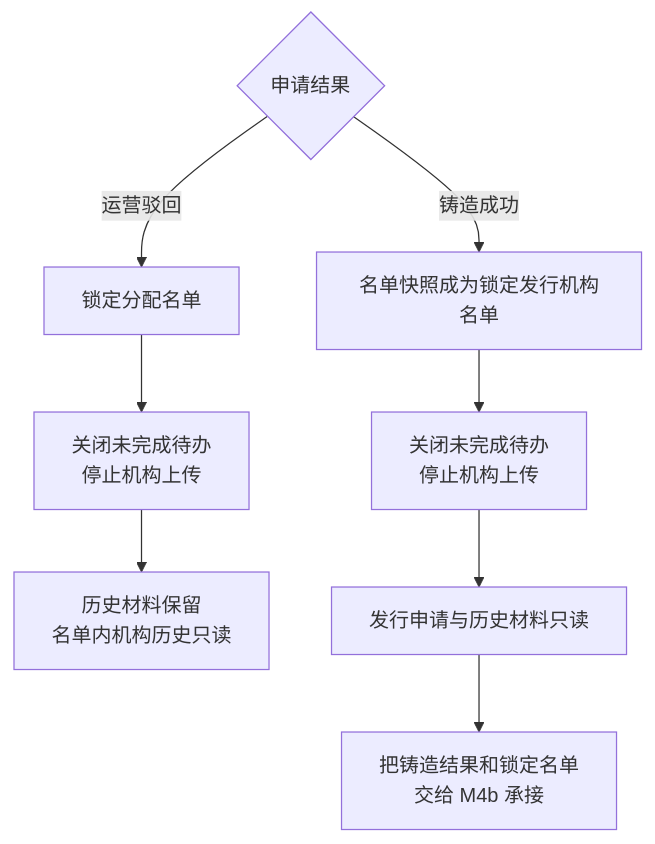
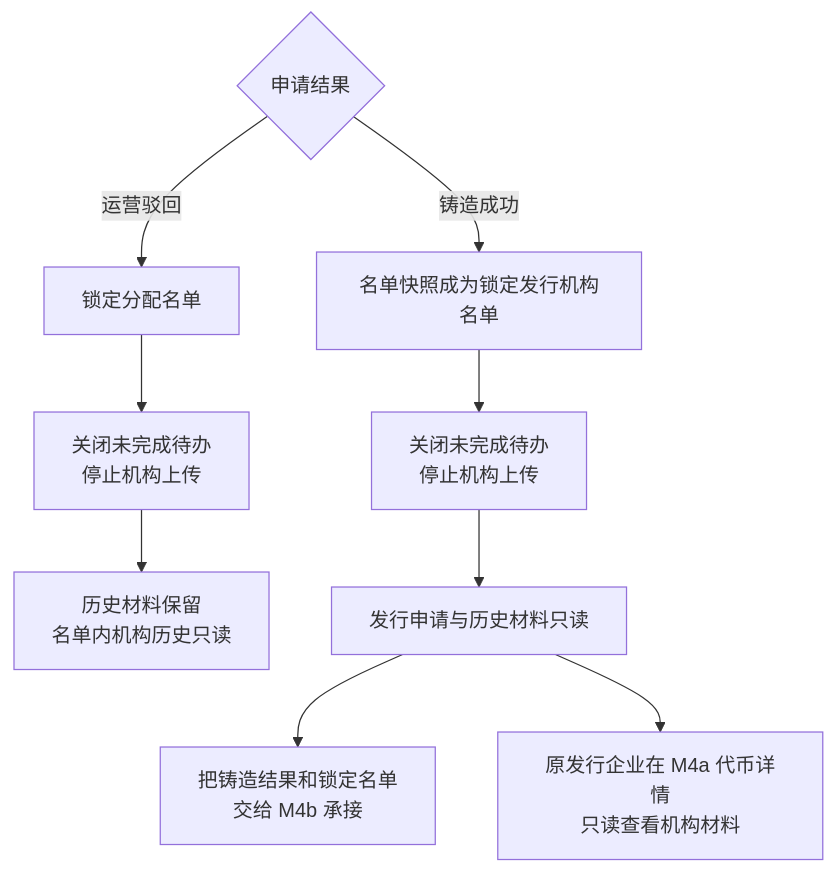
Before and after one commit to wxblockchain/Chain-Financing: the third of 5 diagrams in token-issuance-platform/PRD/管理端/M3b-代币发行-审核与铸造/02-代币发行-审核与铸造-流程图与状态机.md, drawn with Mermaid. The commit also changed other lines of this file and 7 other files, not shown here.

````diff
--- a/token-issuance-platform/PRD/管理端/M3b-代币发行-审核与铸造/02-代币发行-审核与铸造-流程图与状态机.md
+++ b/token-issuance-platform/PRD/管理端/M3b-代币发行-审核与铸造/02-代币发行-审核与铸造-流程图与状态机.md
@@ -83,10 +83,11 @@
 ```mermaid
 flowchart TD
     A{申请结果} -->|运营驳回| B[锁定分配名单]
     B --> C[关闭未完成待办<br/>停止机构上传]
     C --> D[历史材料保留<br/>名单内机构历史只读]
     A -->|铸造成功| E[名单快照成为锁定发行机构名单]
     E --> F[关闭未完成待办<br/>停止机构上传]
     F --> G[发行申请与历史材料只读]
     G --> H[把铸造结果和锁定名单<br/>交给 M4b 承接]
+    G --> I[原发行企业在 M4a 代币详情<br/>只读查看机构材料]
 ```
````
